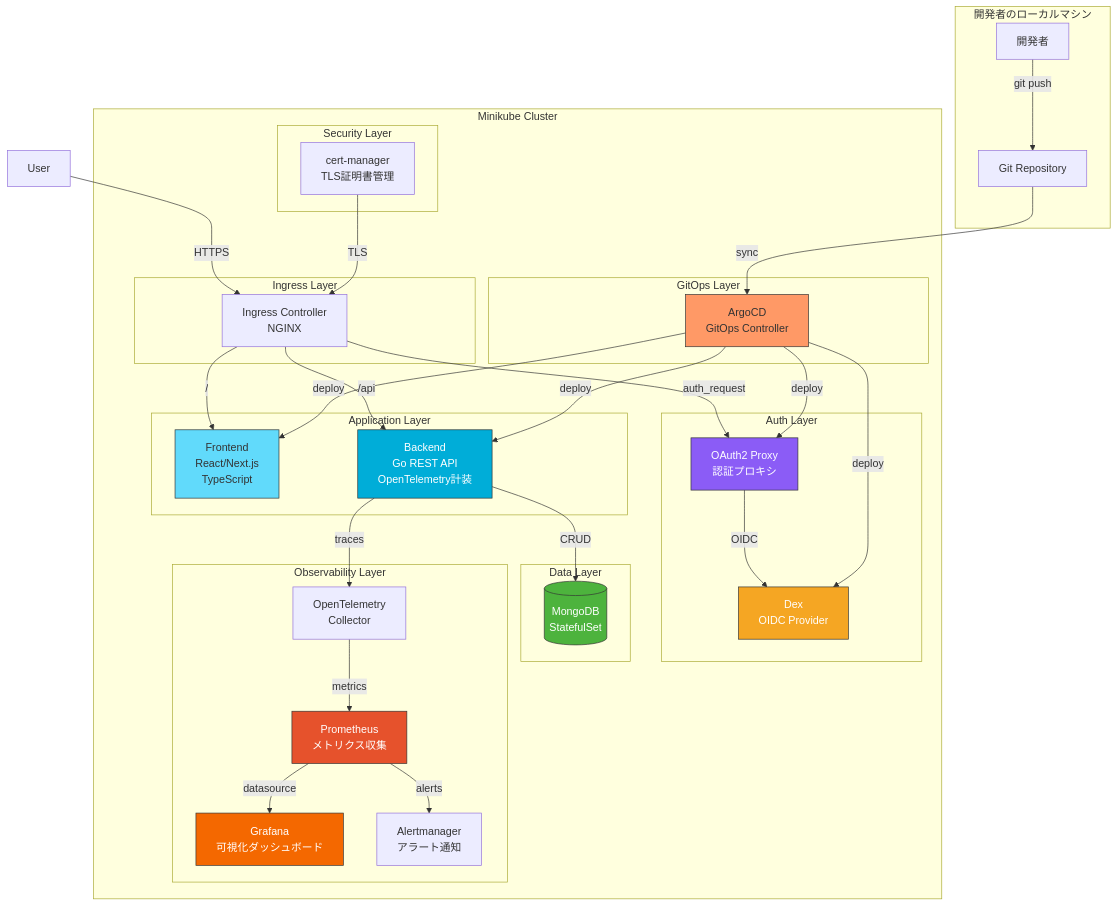
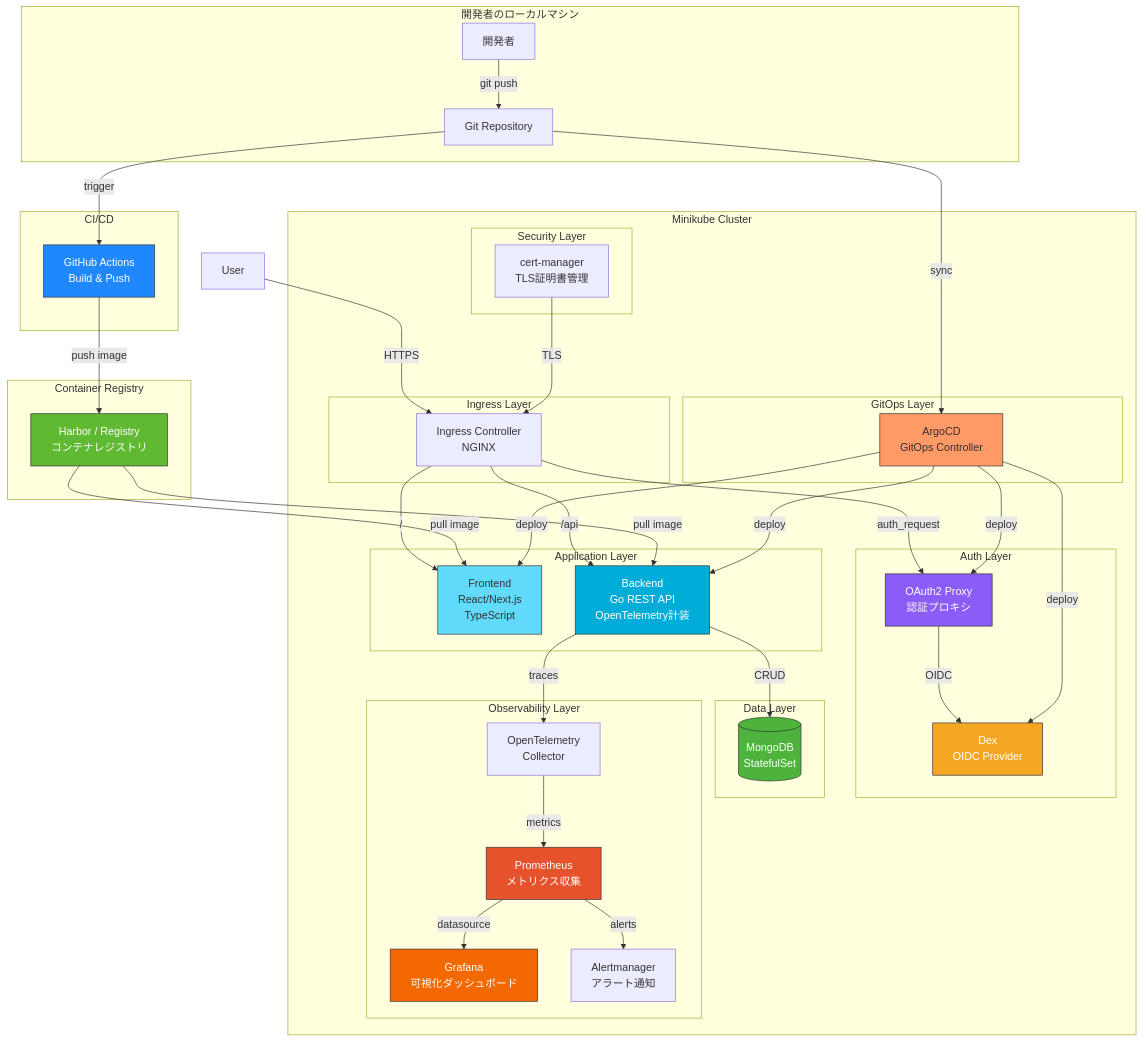
The first of 2 diagrams in README.md (remmakoshino/study-ckad), drawn with Mermaid before and after one commit. The commit also changed other lines of this file and 9 other files, not shown here.

First line of the commit message:
feat: Harbor コンテナレジストリ + GitHub Actions CI/CD を追加

````diff
--- a/README.md
+++ b/README.md
@@ -24,67 +24,81 @@
 ```mermaid
 graph TB
     subgraph "開発者のローカルマシン"
         DEV[開発者] -->|git push| GIT[Git Repository]
+    end
+
+    subgraph "CI/CD"
+        GHA[GitHub Actions<br/>Build & Push]
+    end
+
+    subgraph "Container Registry"
+        HARBOR[Harbor / Registry<br/>コンテナレジストリ]
     end
 
     subgraph "Minikube Cluster"
         subgraph "Ingress Layer"
             ING[Ingress Controller<br/>NGINX]
         end
 
         subgraph "Auth Layer"
             DEX[Dex<br/>OIDC Provider]
             OAP[OAuth2 Proxy<br/>認証プロキシ]
         end
 
         subgraph "Application Layer"
             FE[Frontend<br/>React/Next.js<br/>TypeScript]
             BE[Backend<br/>Go REST API<br/>OpenTelemetry計装]
         end
 
         subgraph "Data Layer"
             DB[(MongoDB<br/>StatefulSet)]
         end
 
         subgraph "GitOps Layer"
             ARGO[ArgoCD<br/>GitOps Controller]
         end
 
         subgraph "Observability Layer"
             PROM[Prometheus<br/>メトリクス収集]
             GRAF[Grafana<br/>可視化ダッシュボード]
             ALERT[Alertmanager<br/>アラート通知]
             OTEL[OpenTelemetry<br/>Collector]
         end
 
         subgraph "Security Layer"
             CERT[cert-manager<br/>TLS証明書管理]
         end
     end
 
     USER[User] -->|HTTPS| ING
     ING -->|auth_request| OAP
     OAP -->|OIDC| DEX
     ING -->|/| FE
     ING -->|/api| BE
     BE -->|CRUD| DB
     BE -->|traces| OTEL
     OTEL -->|metrics| PROM
     PROM -->|datasource| GRAF
     PROM -->|alerts| ALERT
+    GIT -->|trigger| GHA
+    GHA -->|push image| HARBOR
+    HARBOR -->|pull image| FE
+    HARBOR -->|pull image| BE
     GIT -->|sync| ARGO
     ARGO -->|deploy| FE
     ARGO -->|deploy| BE
     ARGO -->|deploy| DEX
     ARGO -->|deploy| OAP
     CERT -->|TLS| ING
 
     style ARGO fill:#f96,stroke:#333
+    style GHA fill:#2088FF,stroke:#333,color:#fff
+    style HARBOR fill:#60B932,stroke:#333,color:#fff
     style PROM fill:#e6522c,stroke:#333,color:#fff
     style GRAF fill:#f46800,stroke:#333,color:#fff
     style FE fill:#61dafb,stroke:#333
     style BE fill:#00add8,stroke:#333,color:#fff
     style DB fill:#4db33d,stroke:#333,color:#fff
     style DEX fill:#f5a623,stroke:#333,color:#fff
     style OAP fill:#8b5cf6,stroke:#333,color:#fff
 ```
````
